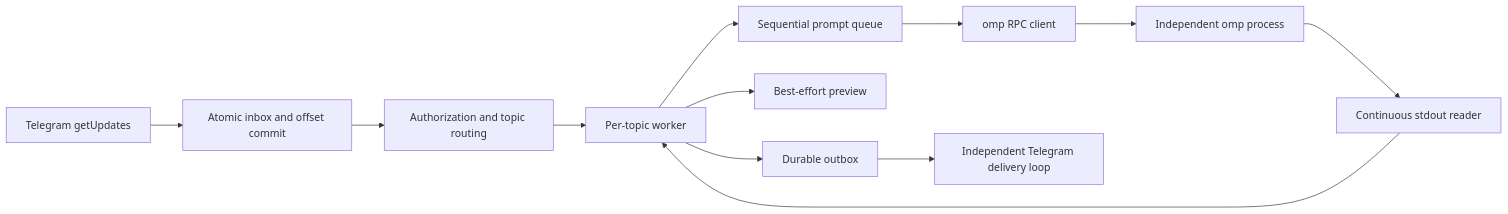
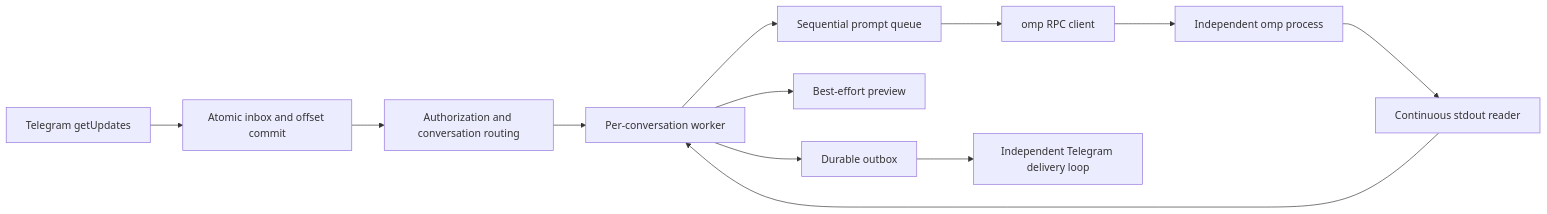
Before and after one commit to accemlcc/omp-telegram: the diagram in doc/architecture.md, drawn with Mermaid. The commit also changed other lines of this file and 12 other files, not shown here.

````diff
--- a/doc/architecture.md
+++ b/doc/architecture.md
@@ -30,14 +30,14 @@
 ```mermaid
 flowchart LR
     TG[Telegram getUpdates] --> IN[Atomic inbox and offset commit]
-    IN --> AUTH[Authorization and topic routing]
-    AUTH --> W[Per-topic worker]
+    IN --> AUTH[Authorization and conversation routing]
+    AUTH --> W[Per-conversation worker]
     W --> Q[Sequential prompt queue]
     Q --> RPC[omp RPC client]
     RPC --> OMP[Independent omp process]
     OMP --> READER[Continuous stdout reader]
     READER --> W
     W --> PREVIEW[Best-effort preview]
     W --> OUT[Durable outbox]
     OUT --> DELIVERY[Independent Telegram delivery loop]
 ```
````
